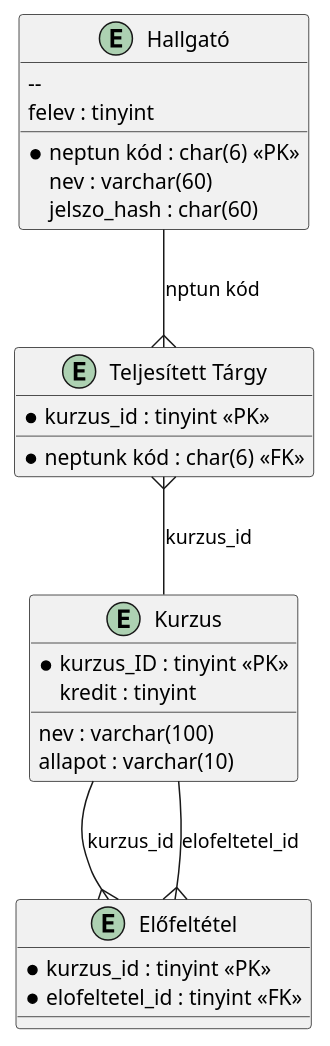
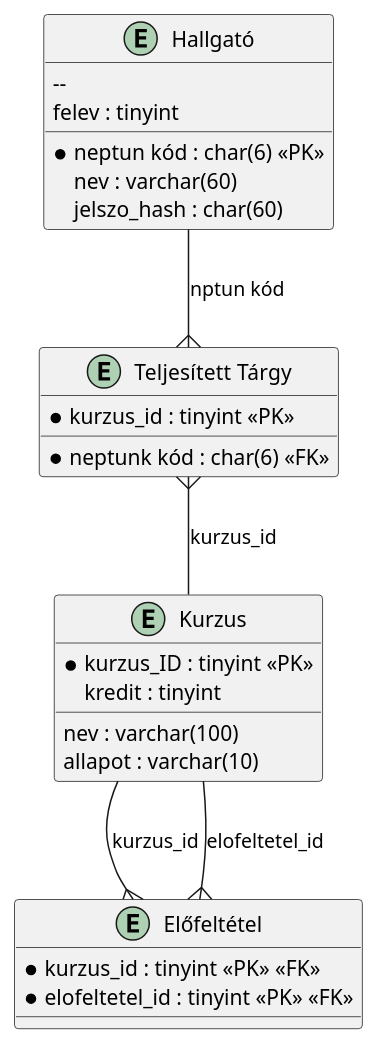
Before and after one commit to TasnadiAttila/szoftverfejlesztesi-modszertanok: the first of 2 diagrams in fizikaiRendszerterv.md, drawn with PlantUML. The commit also changed other lines of this file, not shown here.

Commit message:
Update fizikaiRendszerterv.md
Fixed the plantUML script

```diff
--- a/fizikaiRendszerterv.md
+++ b/fizikaiRendszerterv.md
@@ -29,27 +29,27 @@
 				@startuml
 				entity "Hallgató" as h {
 				* neptun kód : char(6) <<PK>>
 				 --
 				 nev : varchar(60)
 				 felev : tinyint
 				 jelszo_hash : char(60)
 				}
 				entity "Teljesített Tárgy" as tt {
 				 * neptunk kód : char(6) <<FK>>
 				 * kurzus_id : tinyint <<PK>>
 				}
 				entity "Kurzus" as k {
 				 * kurzus_ID : tinyint <<PK>>
 				 nev : varchar(100)
 				 allapot : varchar(10)
 				 kredit : tinyint
 				}
 				entity "Előfeltétel" as e {
-				 * kurzus_id : tinyint <<PK>>
-				 * elofeltetel_id : tinyint <<FK>>
+				 * kurzus_id : tinyint <<PK>> <<FK>>
+				 * elofeltetel_id : tinyint <<PK>> <<FK>>
 				}
 				h --{ tt : nptun kód
 				tt }-- k : kurzus_id
 				k --{ e : kurzus_id
 				k --{ e : elofeltetel_id
 				@enduml
```
